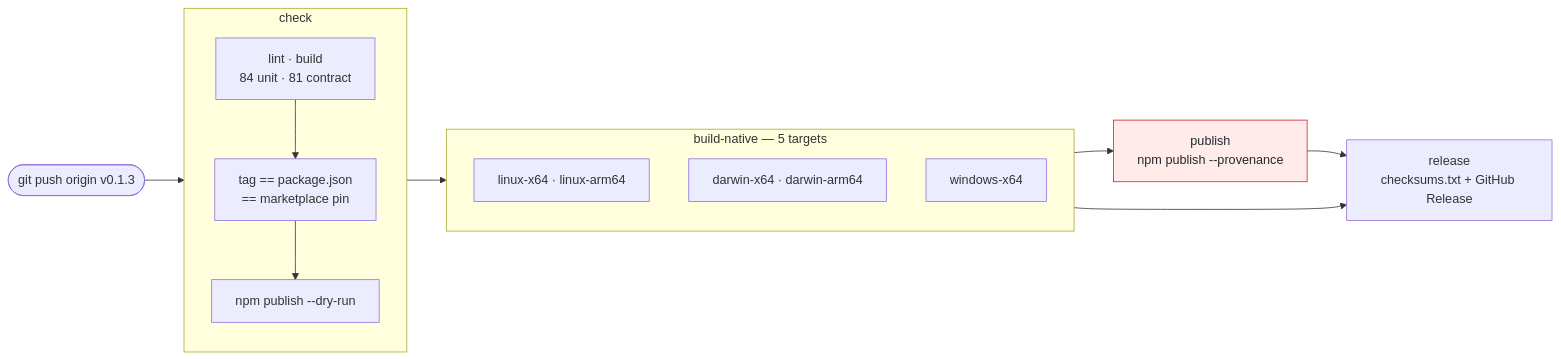
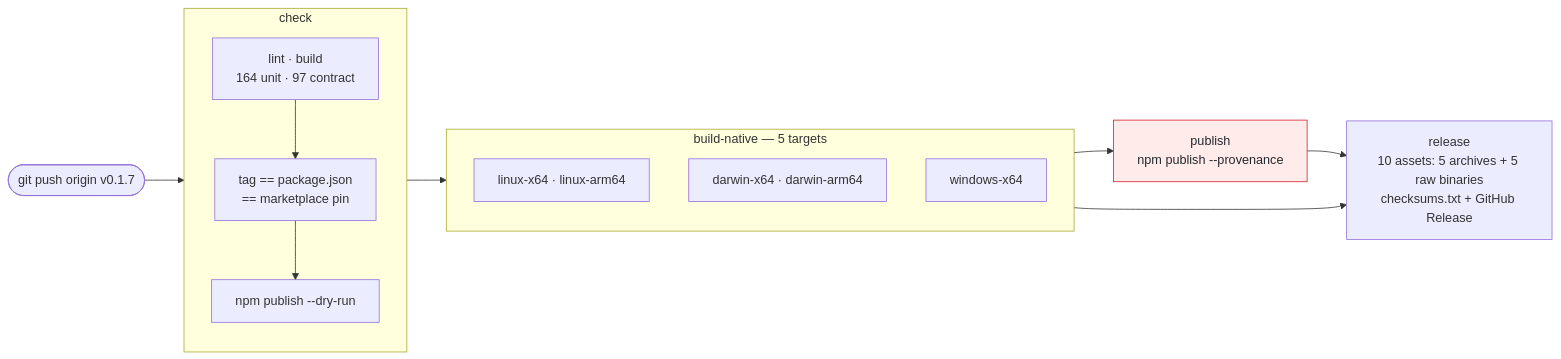
One commit to hypnguyen1209/codex-goat changed the eighth of 8 diagrams in README.md. Above: the diagram before and after it, drawn with Mermaid. The commit also changed other lines of this file, not shown here.

````diff
--- a/README.md
+++ b/README.md
@@ -653,28 +658,28 @@
 ```mermaid
 flowchart LR
-    tag(["git push origin v0.1.3"]) --> check
+    tag(["git push origin v0.1.7"]) --> check
 
     subgraph check["check"]
         direction TB
-        c1["lint · build<br/>84 unit · 81 contract"]
+        c1["lint · build<br/>164 unit · 97 contract"]
         c2["tag == package.json<br/>== marketplace pin"]
         c3["npm publish --dry-run"]
         c1 --> c2 --> c3
     end
 
     check --> build
 
     subgraph build["build-native — 5 targets"]
         direction TB
         b1["linux-x64 · linux-arm64"]
         b2["darwin-x64 · darwin-arm64"]
         b3["windows-x64"]
     end
 
     build --> publish["publish<br/>npm publish --provenance"]
-    publish --> release["release<br/>checksums.txt + GitHub Release"]
+    publish --> release["release<br/>10 assets: 5 archives + 5 raw binaries<br/>checksums.txt + GitHub Release"]
     build --> release
 
     classDef irreversible fill:#ffebe9,stroke:#cf222e,color:#24292f
     class publish irreversible
 ```
````
